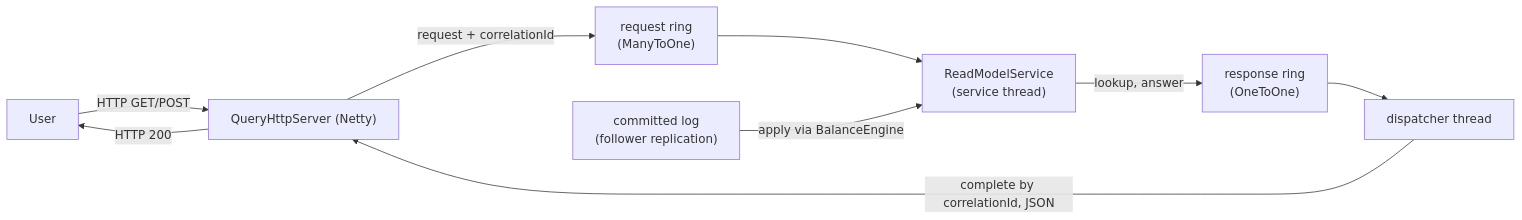
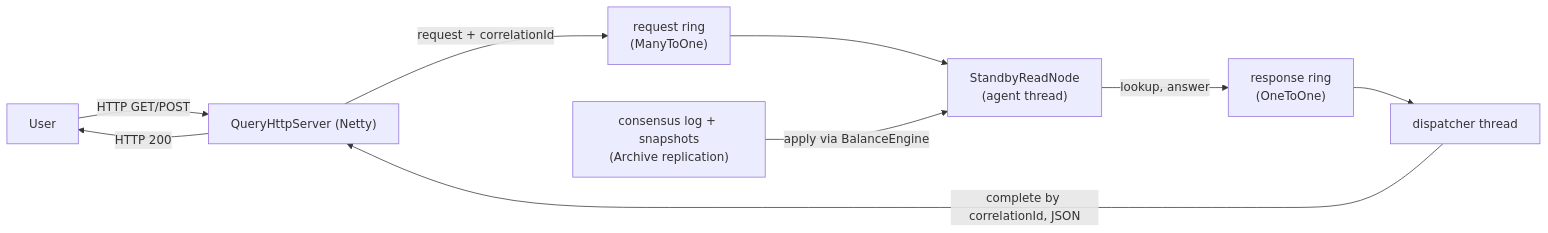
Before and after one commit to justrade-io/ledgerd: the second of 7 diagrams in docs/ARCHITECTURE.md, drawn with Mermaid. The commit also changed other lines of this file and 21 other files, not shown here.

First line of the commit message:
Refactor read service architecture: remove cluster mode, standardize on standby read nodes

````diff
--- a/docs/ARCHITECTURE.md
+++ b/docs/ARCHITECTURE.md
@@ -312,11 +303,11 @@
 ```mermaid
 flowchart LR
     USER["User"] -->|" HTTP GET/POST "| NETTY["QueryHttpServer (Netty)"]
     NETTY -->|" request + correlationId "| REQ["request ring\n(ManyToOne)"]
-    REQ --> SVC["ReadModelService\n(service thread)"]
-    LOG["committed log\n(follower replication)"] -->|" apply via BalanceEngine "| SVC
+    REQ --> SVC["StandbyReadNode\n(agent thread)"]
+    LOG["consensus log + snapshots\n(Archive replication)"] -->|" apply via BalanceEngine "| SVC
     SVC -->|" lookup, answer "| RESP["response ring\n(OneToOne)"]
     RESP --> DISP["dispatcher thread"]
     DISP -->|" complete by correlationId, JSON "| NETTY
     NETTY -->|" HTTP 200 "| USER
 ```
````
